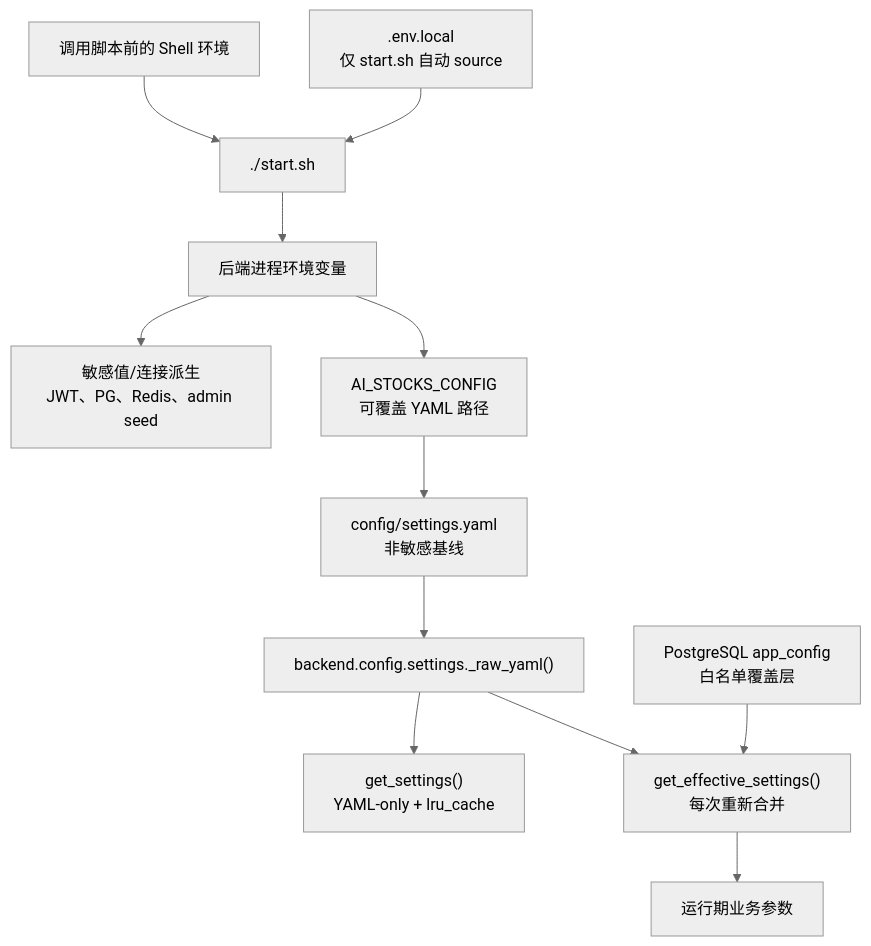
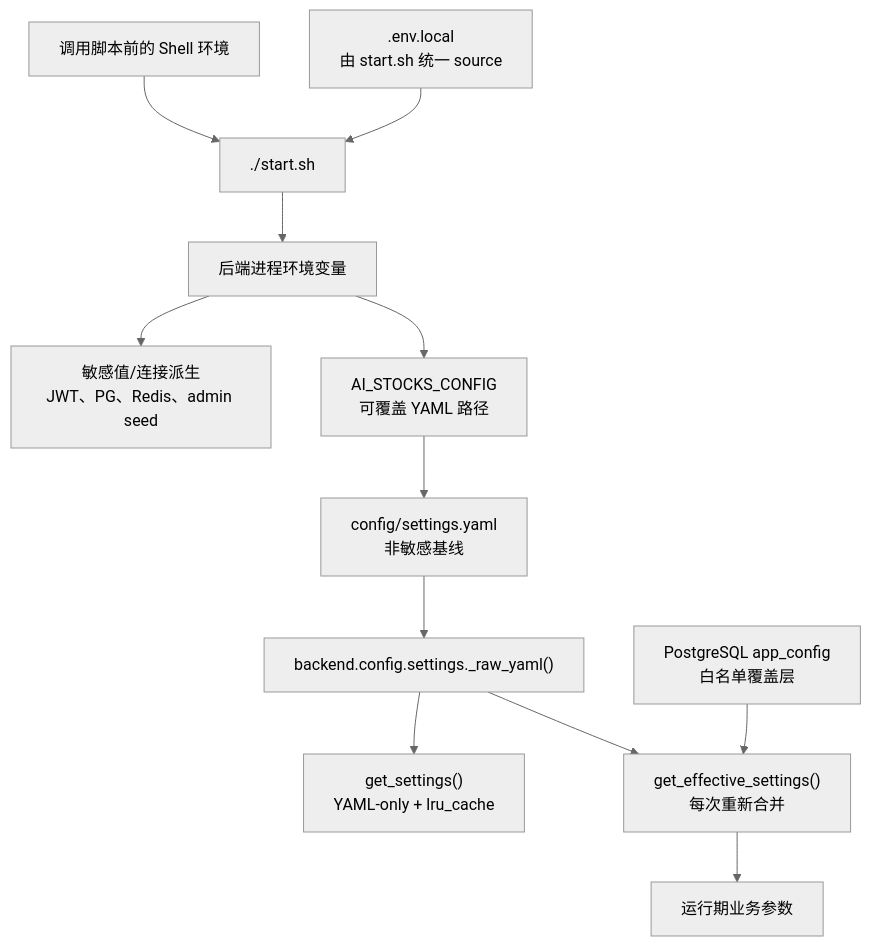
One commit to fulin-peng-ydxs/ai-stocks changed the diagram in agent-works/architecture/environment-configuration.md. Above: the diagram before and after it, drawn with Mermaid (neutral theme). The commit also changed other lines of this file and 18 other files, not shown here.

````diff
--- a/agent-works/architecture/environment-configuration.md
+++ b/agent-works/architecture/environment-configuration.md
@@ -9,14 +9,14 @@
 ```mermaid
 flowchart TD
   Shell["调用脚本前的 Shell 环境"] --> Start["./start.sh"]
-  DotEnv[".env.local\n仅 start.sh 自动 source"] --> Start
+  DotEnv[".env.local\n由 start.sh 统一 source"] --> Start
   Start --> Proc["后端进程环境变量"]
   Proc --> Secret["敏感值/连接派生\nJWT、PG、Redis、admin seed"]
   Proc --> ConfigPath["AI_STOCKS_CONFIG\n可覆盖 YAML 路径"]
   ConfigPath --> YAML["config/settings.yaml\n非敏感基线"]
   YAML --> Raw["backend.config.settings._raw_yaml()"]
   Raw --> Cached["get_settings()\nYAML-only + lru_cache"]
   Raw --> Effective["get_effective_settings()\n每次重新合并"]
   PG["PostgreSQL app_config\n白名单覆盖层"] --> Effective
   Effective --> Runtime["运行期业务参数"]
 ```
````
